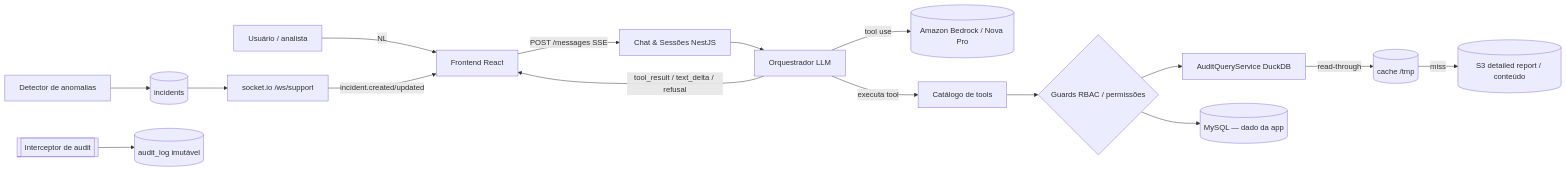
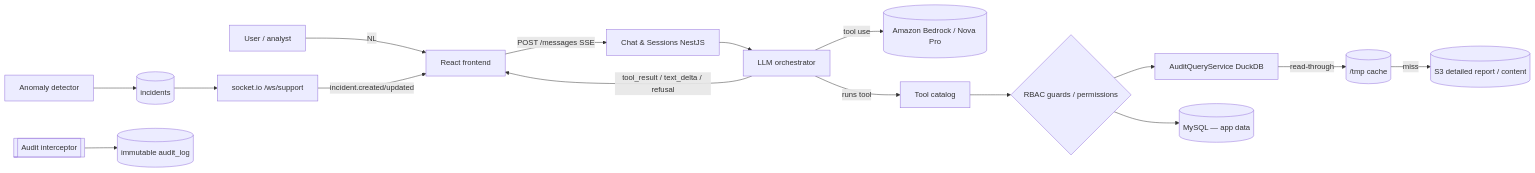
One commit to NicollasFrazao/atena changed the diagram in .context/docs/architecture.md. Above: the diagram before and after it, drawn with Mermaid. The commit also changed other lines of this file and 339 other files, not shown here.

````diff
--- a/.context/docs/architecture.md
+++ b/.context/docs/architecture.md
@@ -118,18 +133,18 @@
 ```mermaid
 flowchart LR
-    U[Usuário / analista] -->|NL| FE[Frontend React]
-    FE -->|POST /messages SSE| CHAT[Chat & Sessões NestJS]
-    CHAT --> ORCH[Orquestrador LLM]
+    U[User / analyst] -->|NL| FE[React frontend]
+    FE -->|POST /messages SSE| CHAT[Chat & Sessions NestJS]
+    CHAT --> ORCH[LLM orchestrator]
     ORCH -->|tool use| NOVA[(Amazon Bedrock / Nova Pro)]
-    ORCH -->|executa tool| TOOLS[Catálogo de tools]
-    TOOLS --> RBAC{Guards RBAC / permissões}
+    ORCH -->|runs tool| TOOLS[Tool catalog]
+    TOOLS --> RBAC{RBAC guards / permissions}
     RBAC --> AQ[AuditQueryService DuckDB]
-    AQ -->|read-through| TMP[(cache /tmp)]
-    TMP -->|miss| S3[(S3 detailed report / conteúdo)]
-    RBAC --> PG[(MySQL — dado da app)]
+    AQ -->|read-through| TMP[(/tmp cache)]
+    TMP -->|miss| S3[(S3 detailed report / content)]
+    RBAC --> PG[(MySQL — app data)]
     ORCH -->|tool_result / text_delta / refusal| FE
-    DET[Detector de anomalias] --> INC[(incidents)]
+    DET[Anomaly detector] --> INC[(incidents)]
     INC --> WS[socket.io /ws/support]
     WS -->|incident.created/updated| FE
-    AUD[[Interceptor de audit]] --> ALOG[(audit_log imutável)]
+    AUD[[Audit interceptor]] --> ALOG[(immutable audit_log)]
 ```
````
